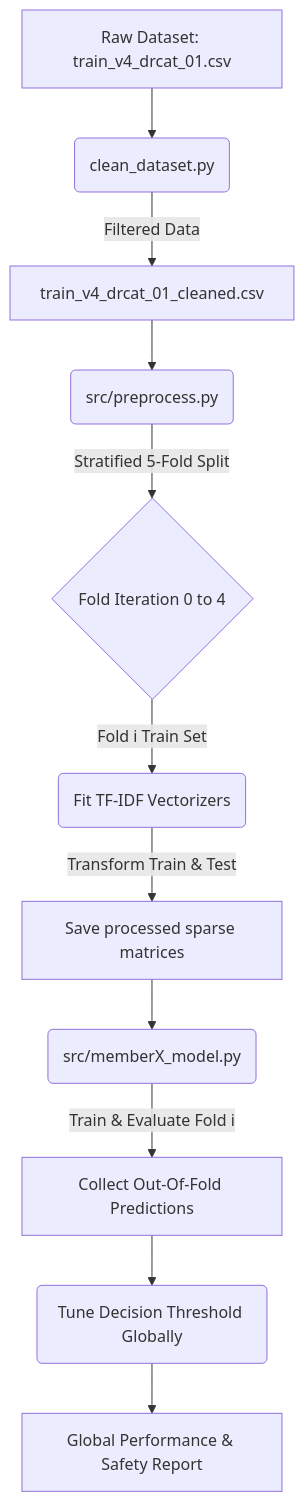
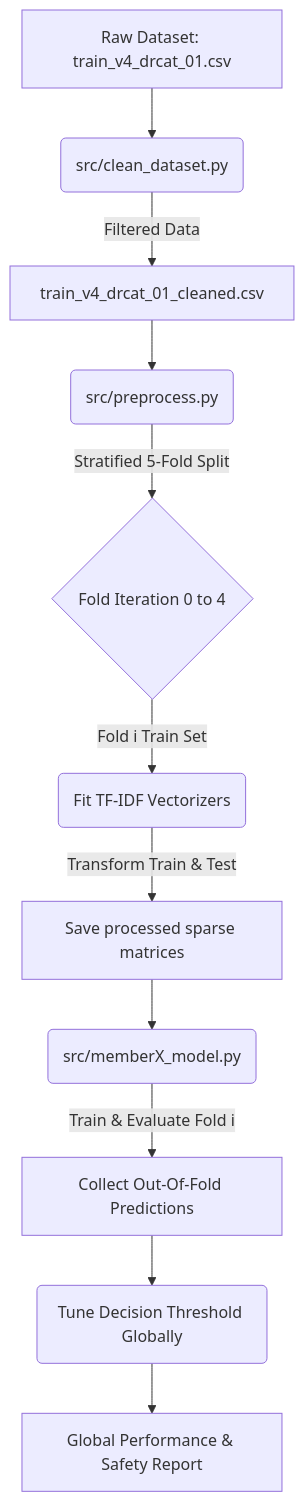
The diagram in README.md (muhammadaizat0185/ML-Project-Text-Classification), drawn with Mermaid before and after one commit. The commit also changed other lines of this file, not shown here.

Commit message:
Update path to clean_dataset.py in README

````diff
--- a/README.md
+++ b/README.md
@@ -13,13 +13,13 @@
 ```mermaid
 graph TD
-    A[Raw Dataset: train_v4_drcat_01.csv] --> B(clean_dataset.py)
+    A[Raw Dataset: train_v4_drcat_01.csv] --> B(src/clean_dataset.py)
     B -->|Filtered Data| C[train_v4_drcat_01_cleaned.csv]
     C --> D(src/preprocess.py)
     D -->|Stratified 5-Fold Split| E{Fold Iteration 0 to 4}
     E -->|Fold i Train Set| F(Fit TF-IDF Vectorizers)
     F -->|Transform Train & Test| G[Save processed sparse matrices]
     G --> H(src/memberX_model.py)
     H -->|Train & Evaluate Fold i| I[Collect Out-Of-Fold Predictions]
     I --> J(Tune Decision Threshold Globally)
     J --> K[Global Performance & Safety Report]
 ```
````
